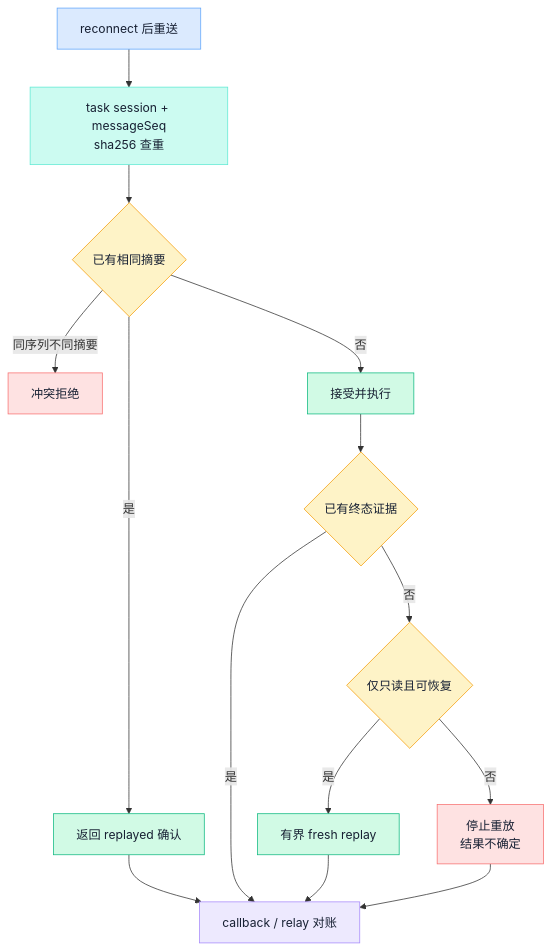
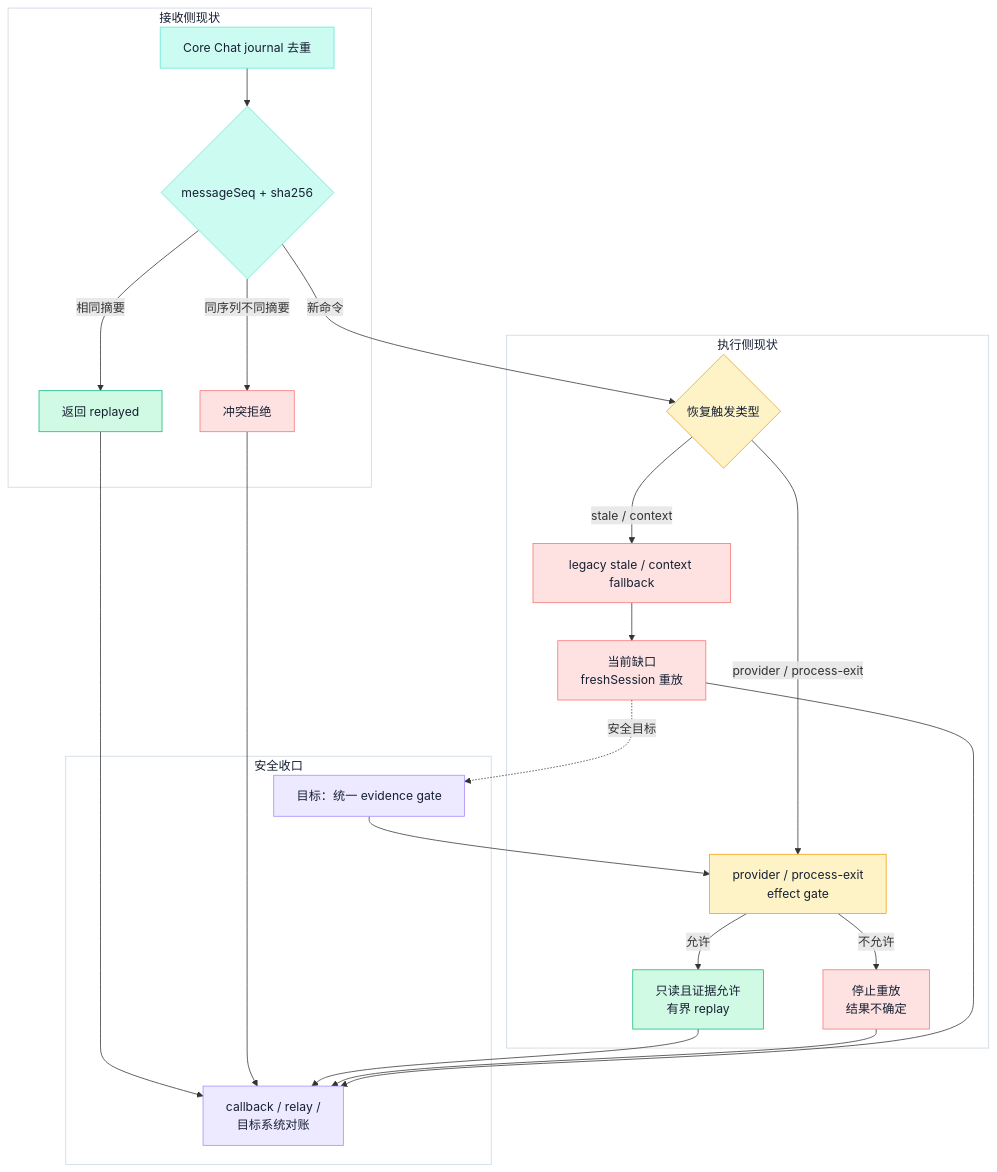
One commit to ink-hz/AI-Agent-Platform changed the third of 3 diagrams in backend/app/ai_notes/content/03-tools-and-frameworks/03-metabot-agent-control-bus.md. Above: the diagram before and after it, drawn with Mermaid. The commit also changed other lines of this file and 2 other files, not shown here.

Commit message:
docs(ai-notes): clarify MetaBot recovery boundaries

````diff
--- a/backend/app/ai_notes/content/03-tools-and-frameworks/03-metabot-agent-control-bus.md
+++ b/backend/app/ai_notes/content/03-tools-and-frameworks/03-metabot-agent-control-bus.md
@@ -147,39 +151,49 @@
 ```mermaid
 flowchart TB
     accTitle: 断线恢复与幂等闭环
-    accDescr: 连接恢复后先用命令序列与摘要查重，再依据终态证据和工具副作用决定返回旧确认、有限重放或停止并保留未知结果。
+    accDescr: 当前 journal 在接收侧查重，provider 与 process-exit 恢复经过副作用门禁；legacy stale 或 context fallback 仍可直接重放，目标是统一门禁后再对账。
 
-    R[reconnect 后重送]
-    K[task session + messageSeq<br/>sha256 查重]
-    D{已有相同摘要}
-    A[返回 replayed 确认]
-    C[冲突拒绝]
-    E[接受并执行]
-    T{已有终态证据}
-    X{仅只读且可恢复}
-    B[有界 fresh replay]
-    U[停止重放<br/>结果不确定]
-    P[callback / relay 对账]
+    subgraph RECEIVE["接收侧现状"]
+        J[Core Chat journal 去重]
+        H{messageSeq + sha256}
+        A[返回 replayed]
+        C[冲突拒绝]
+    end
+    subgraph CURRENT["执行侧现状"]
+        F{恢复触发类型}
+        E[provider / process-exit<br/>effect gate]
+        S[只读且证据允许<br/>有界 replay]
+        U[停止重放<br/>结果不确定]
+        L[legacy stale / context fallback]
+        R[当前缺口<br/>freshSession 重放]
+    end
+    subgraph CLOSE["安全收口"]
+        T[目标：统一 evidence gate]
+        P[callback / relay /<br/>目标系统对账]
+    end
 
-    R --> K --> D
-    D -->|是| A --> P
-    D -->|同序列不同摘要| C
-    D -->|否| E --> T
-    T -->|是| P
-    T -->|否| X
-    X -->|是| B --> P
-    X -->|否| U --> P
+    J --> H
+    H -->|相同摘要| A --> P
+    H -->|同序列不同摘要| C --> P
+    H -->|新命令| F
+    F -->|provider / process-exit| E
+    E -->|允许| S --> P
+    E -->|不允许| U --> P
+    F -->|stale / context| L --> R --> P
+    R -.安全目标.-> T --> E
 
-    classDef input fill:#DBEAFE,stroke:#60A5FA,color:#172033;
     classDef data fill:#CCFBF1,stroke:#5EEAD4,color:#172033;
     classDef policy fill:#FEF3C7,stroke:#F59E0B,color:#172033;
     classDef success fill:#D1FAE5,stroke:#10B981,color:#172033;
     classDef danger fill:#FEE2E2,stroke:#F87171,color:#172033;
     classDef platform fill:#EDE9FE,stroke:#A78BFA,color:#172033;
-    class R input;
-    class K data;
-    class D,T,X policy;
-    class A,E,B success;
-    class C,U danger;
+    class J,H data;
+    class F,E policy;
+    class A,S success;
+    class C,U,L,R danger;
+    class T platform;
     class P platform;
+    style RECEIVE fill:#FFFFFF,stroke:#CBD5E1,color:#172033;
+    style CURRENT fill:#FFFFFF,stroke:#CBD5E1,color:#172033;
+    style CLOSE fill:#FFFFFF,stroke:#CBD5E1,color:#172033;
 ```
````
